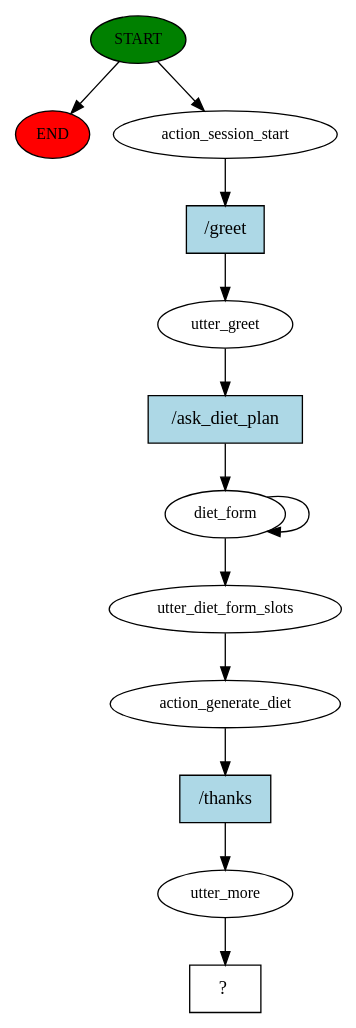
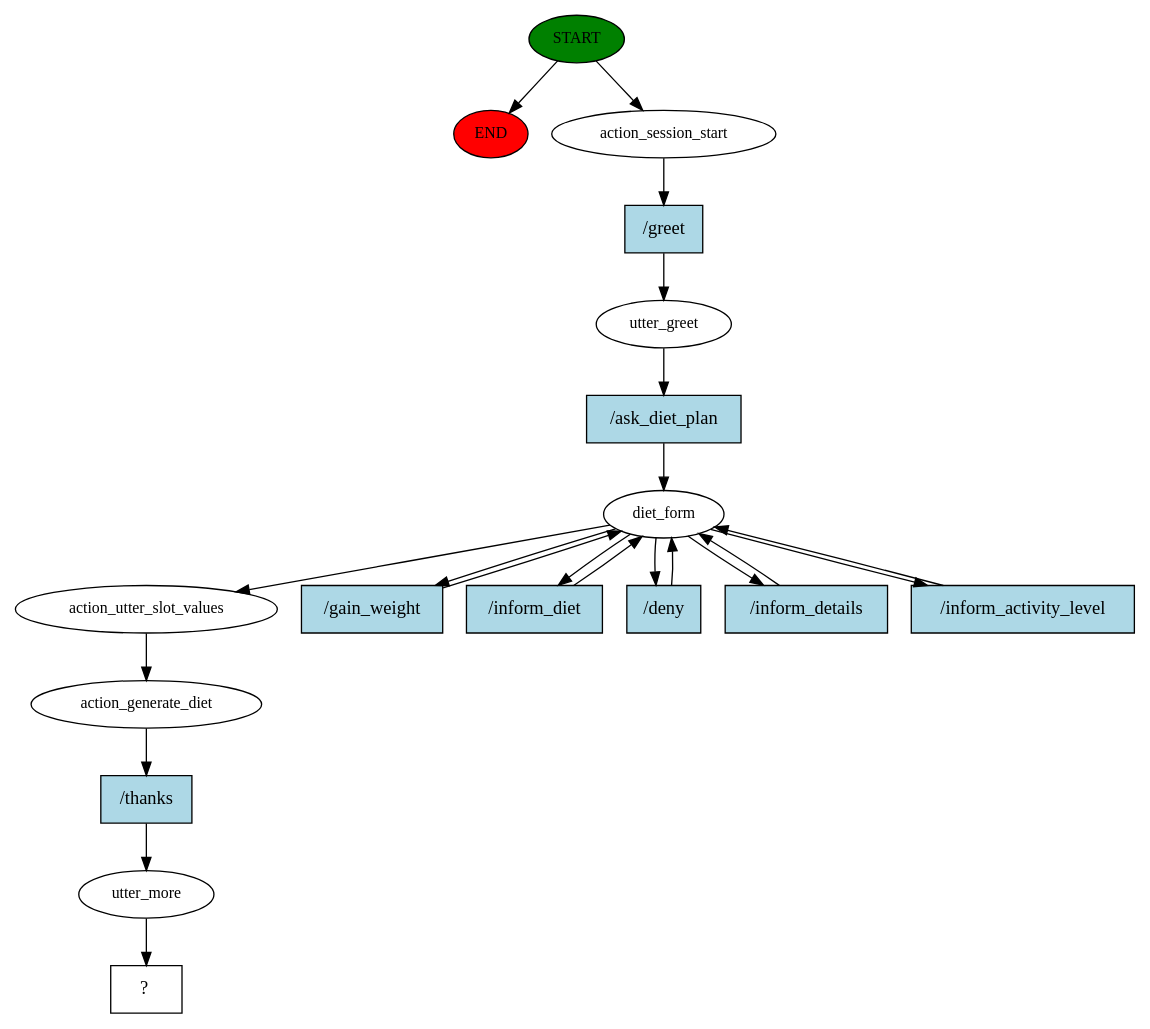
One commit to v-rowjee/Chatbot-Engine changed the diagram in story_graph.dot. Above: the diagram before and after it, drawn with Graphviz. The commit also changed 10 other files, not shown here.

```diff
--- a/story_graph.dot
+++ b/story_graph.dot
@@ -1,26 +1,40 @@
 digraph  {
 0 [class="start active", fillcolor=green, fontsize=12, label=START, style=filled];
 "-1" [class=end, fillcolor=red, fontsize=12, label=END, style=filled];
 1 [class=active, fontsize=12, label=action_session_start];
 2 [class=active, fontsize=12, label=utter_greet];
 3 [class=active, fontsize=12, label=diet_form];
-8 [class=active, fontsize=12, label=utter_diet_form_slots];
-9 [class=active, fontsize=12, label=action_generate_diet];
-10 [class=active, fontsize=12, label=utter_more];
-11 [class="intent dashed active", label="  ?  ", shape=rect];
-12 [class="intent active", fillcolor=lightblue, label="/greet", shape=rect, style=filled];
-13 [class="intent active", fillcolor=lightblue, label="/ask_diet_plan", shape=rect, style=filled];
-14 [class="intent active", fillcolor=lightblue, label="/thanks", shape=rect, style=filled];
+9 [class=active, fontsize=12, label=action_utter_slot_values];
+10 [class=active, fontsize=12, label=action_generate_diet];
+11 [class=active, fontsize=12, label=utter_more];
+12 [class="intent dashed active", label="  ?  ", shape=rect];
+13 [class="intent active", fillcolor=lightblue, label="/greet", shape=rect, style=filled];
+14 [class="intent active", fillcolor=lightblue, label="/ask_diet_plan", shape=rect, style=filled];
+15 [class="intent active", fillcolor=lightblue, label="/gain_weight", shape=rect, style=filled];
+16 [class="intent active", fillcolor=lightblue, label="/inform_diet", shape=rect, style=filled];
+17 [class="intent active", fillcolor=lightblue, label="/deny", shape=rect, style=filled];
+18 [class="intent active", fillcolor=lightblue, label="/inform_details", shape=rect, style=filled];
+19 [class="intent active", fillcolor=lightblue, label="/inform_activity_level", shape=rect, style=filled];
+20 [class="intent active", fillcolor=lightblue, label="/thanks", shape=rect, style=filled];
 0 -> "-1"  [class="", key=NONE, label=""];
 0 -> 1  [class=active, key=NONE, label=""];
-1 -> 12  [class=active, key=0];
-2 -> 13  [class=active, key=0];
-3 -> 3  [class=active, key=NONE, label=""];
-3 -> 8  [class=active, key=NONE, label=""];
-8 -> 9  [class=active, key=NONE, label=""];
-9 -> 14  [class=active, key=0];
-10 -> 11  [class=active, key=NONE, label=""];
-12 -> 2  [class=active, key=0];
-13 -> 3  [class=active, key=0];
-14 -> 10  [class=active, key=0];
+1 -> 13  [class=active, key=0];
+2 -> 14  [class=active, key=0];
+3 -> 9  [class=active, key=NONE, label=""];
+3 -> 15  [class=active, key=0];
+3 -> 16  [class=active, key=0];
+3 -> 17  [class=active, key=0];
+3 -> 18  [class=active, key=0];
+3 -> 19  [class=active, key=0];
+9 -> 10  [class=active, key=NONE, label=""];
+10 -> 20  [class=active, key=0];
+11 -> 12  [class=active, key=NONE, label=""];
+13 -> 2  [class=active, key=0];
+14 -> 3  [class=active, key=0];
+15 -> 3  [class=active, key=0];
+16 -> 3  [class=active, key=0];
+17 -> 3  [class=active, key=0];
+18 -> 3  [class=active, key=0];
+19 -> 3  [class=active, key=0];
+20 -> 11  [class=active, key=0];
 }
```
